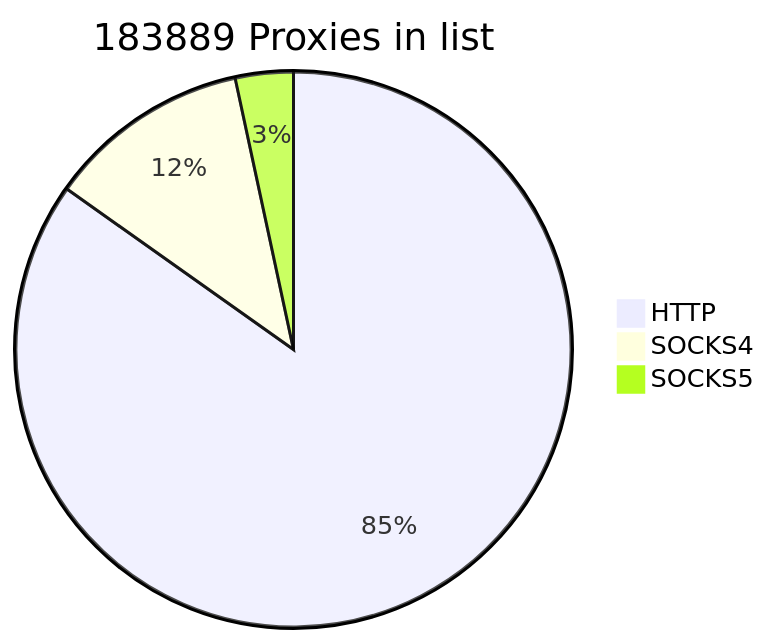
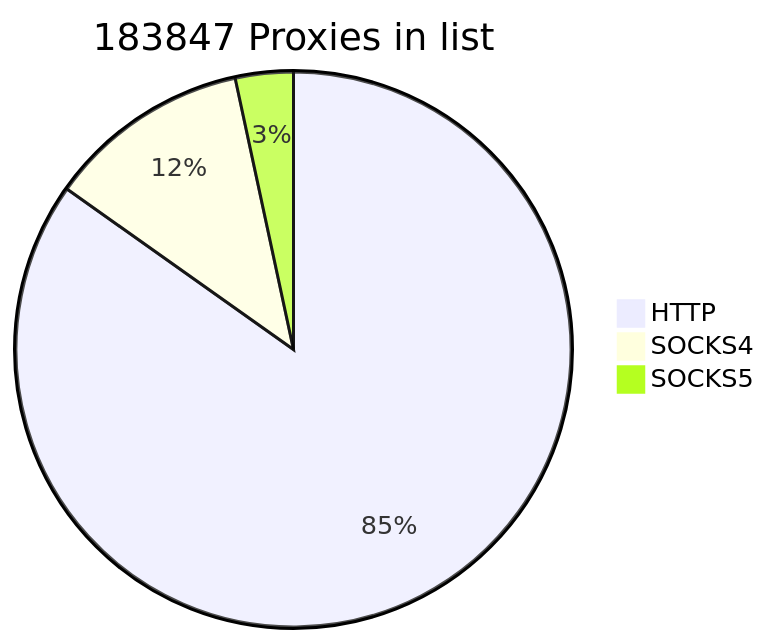
One commit to cutipu/proxylist changed the first of 2 diagrams in README.md. Above: the diagram before and after it, drawn with Mermaid. The commit also changed other lines of this file, not shown here.

````diff
--- a/README.md
+++ b/README.md
@@ -2,7 +2,7 @@
 ```mermaid
-pie title 183889 Proxies in list
-    "HTTP" : 155959
+pie title 183847 Proxies in list
+    "HTTP" : 155920
     "SOCKS4" : 21731
-    "SOCKS5" : 6199
+    "SOCKS5" : 6196
             
 ```
````
